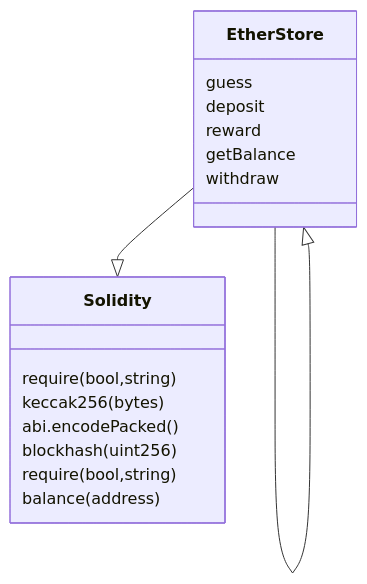
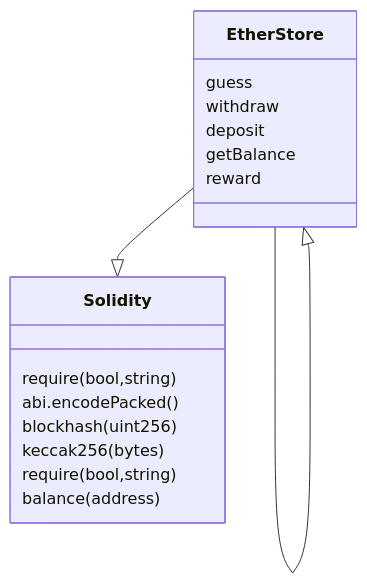
Before and after one commit to siksum/SafeDevAnalyzer: the diagram in result/call_graph_results/call-graph.md, drawn with Mermaid. The commit also changed other lines of this file and 4 other files, not shown here.

````diff
--- a/result/call_graph_results/call-graph.md
+++ b/result/call_graph_results/call-graph.md
@@ -1,20 +1,20 @@
 ```mermaid
 classDiagram
 	class EtherStore{
 		guess
+		withdraw
 		deposit
+		getBalance
 		reward
-		getBalance
-		withdraw
 	}
 	class Solidity{
 		require(bool,string)
-		keccak256(bytes)
 		abi.encodePacked()
 		blockhash(uint256)
+		keccak256(bytes)
 		require(bool,string)
 		balance(address)
 	}
 EtherStore --|> Solidity
 EtherStore --|> EtherStore
 ```
````
